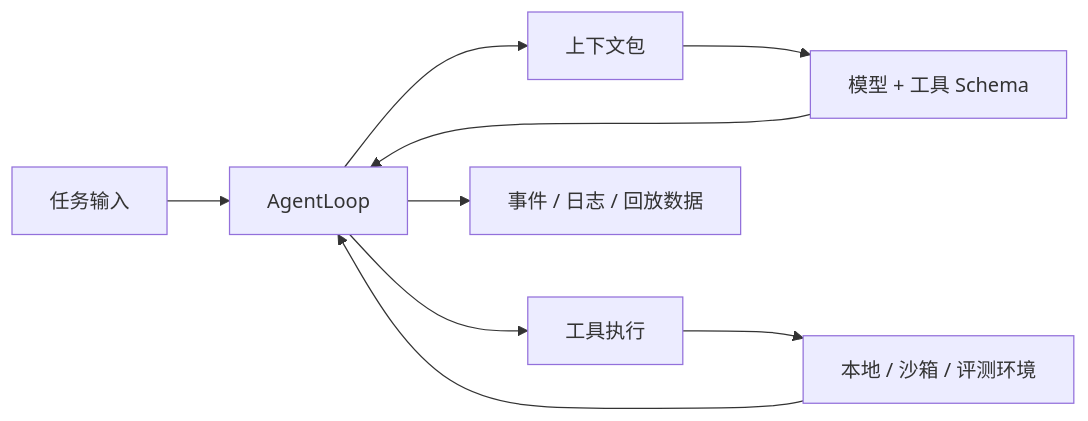
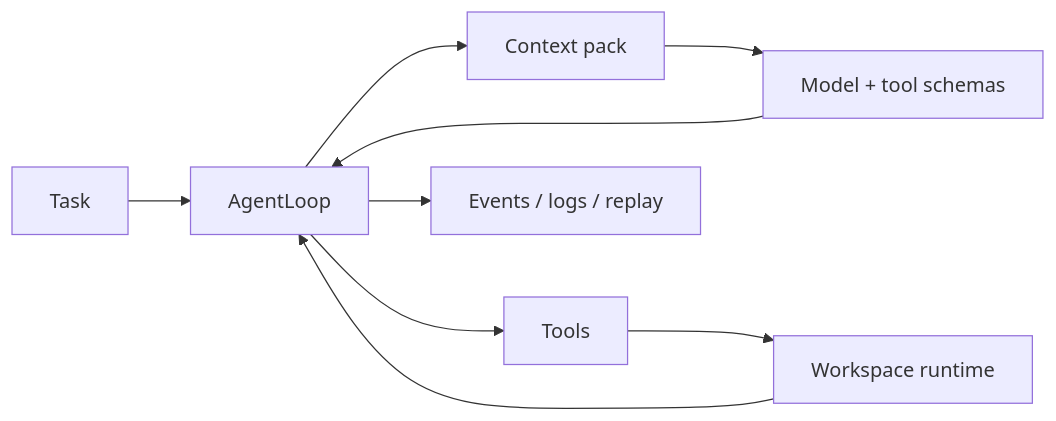
Before and after one commit to LianWeiSQ/openharness: the diagram in README.md, drawn with Mermaid. The commit also changed other lines of this file and 23 other files, not shown here.

````diff
--- a/README.md
+++ b/README.md
@@ -121,11 +60,11 @@
 ```mermaid
 flowchart LR
-    User["任务输入"] --> Loop["AgentLoop"]
-    Loop --> Context["上下文包"]
-    Context --> Model["模型 + 工具 Schema"]
+    User["Task"] --> Loop["AgentLoop"]
+    Loop --> Context["Context pack"]
+    Context --> Model["Model + tool schemas"]
     Model --> Loop
-    Loop --> Tools["工具执行"]
-    Tools --> Runtime["本地 / 沙箱 / 评测环境"]
+    Loop --> Tools["Tools"]
+    Tools --> Runtime["Workspace runtime"]
     Runtime --> Loop
-    Loop --> Trace["事件 / 日志 / 回放数据"]
+    Loop --> Trace["Events / logs / replay"]
 ```
````
